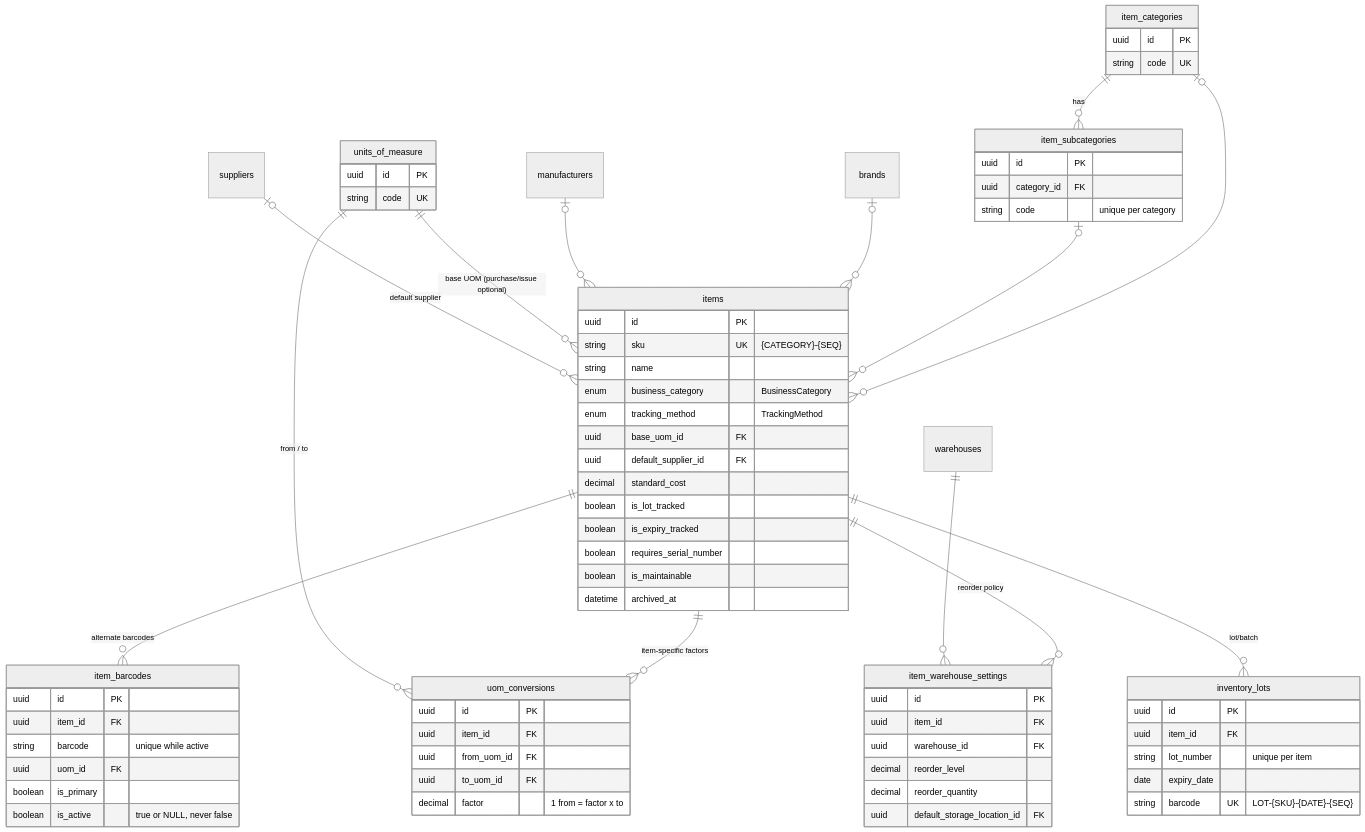
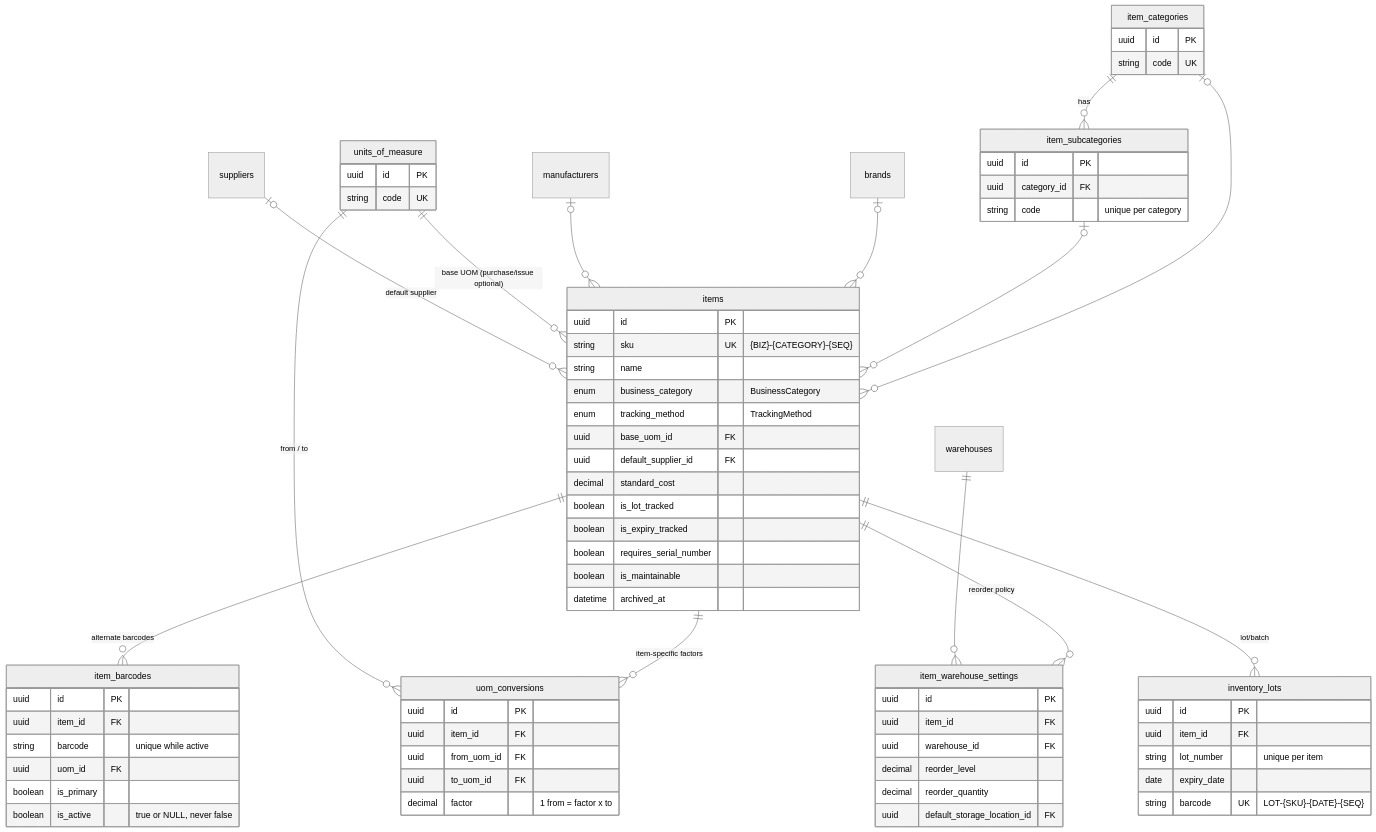
One commit to tiiim1111/gem-ERP changed the third of 9 diagrams in docs/erd.md. Above: the diagram before and after it, drawn with Mermaid (neutral theme). The commit also changed 10 other files, not shown here.

````diff
--- a/docs/erd.md
+++ b/docs/erd.md
@@ -187,75 +187,75 @@
 ```mermaid
 erDiagram
   item_categories ||--o{ item_subcategories : "has"
   item_categories |o--o{ items : ""
   item_subcategories |o--o{ items : ""
   brands |o--o{ items : ""
   manufacturers |o--o{ items : ""
   units_of_measure ||--o{ items : "base UOM (purchase/issue optional)"
   suppliers |o--o{ items : "default supplier"
   items ||--o{ uom_conversions : "item-specific factors"
   units_of_measure ||--o{ uom_conversions : "from / to"
   items ||--o{ item_barcodes : "alternate barcodes"
   items ||--o{ item_warehouse_settings : "reorder policy"
   warehouses ||--o{ item_warehouse_settings : ""
   items ||--o{ inventory_lots : "lot/batch"
 
   items {
     uuid id PK
-    string sku UK "{CATEGORY}-{SEQ}"
+    string sku UK "{BIZ}-{CATEGORY}-{SEQ}"
     string name
     enum business_category "BusinessCategory"
     enum tracking_method "TrackingMethod"
     uuid base_uom_id FK
     uuid default_supplier_id FK
     decimal standard_cost
     boolean is_lot_tracked
     boolean is_expiry_tracked
     boolean requires_serial_number
     boolean is_maintainable
     datetime archived_at
   }
   item_categories {
     uuid id PK
     string code UK
   }
   item_subcategories {
     uuid id PK
     uuid category_id FK
     string code "unique per category"
   }
   units_of_measure {
     uuid id PK
     string code UK
   }
   uom_conversions {
     uuid id PK
     uuid item_id FK
     uuid from_uom_id FK
     uuid to_uom_id FK
     decimal factor "1 from = factor x to"
   }
   item_barcodes {
     uuid id PK
     uuid item_id FK
     string barcode "unique while active"
     uuid uom_id FK
     boolean is_primary
     boolean is_active "true or NULL, never false"
   }
   item_warehouse_settings {
     uuid id PK
     uuid item_id FK
     uuid warehouse_id FK
     decimal reorder_level
     decimal reorder_quantity
     uuid default_storage_location_id FK
   }
   inventory_lots {
     uuid id PK
     uuid item_id FK
     string lot_number "unique per item"
     date expiry_date
     string barcode UK "LOT-{SKU}-{DATE}-{SEQ}"
   }
 ```
````
